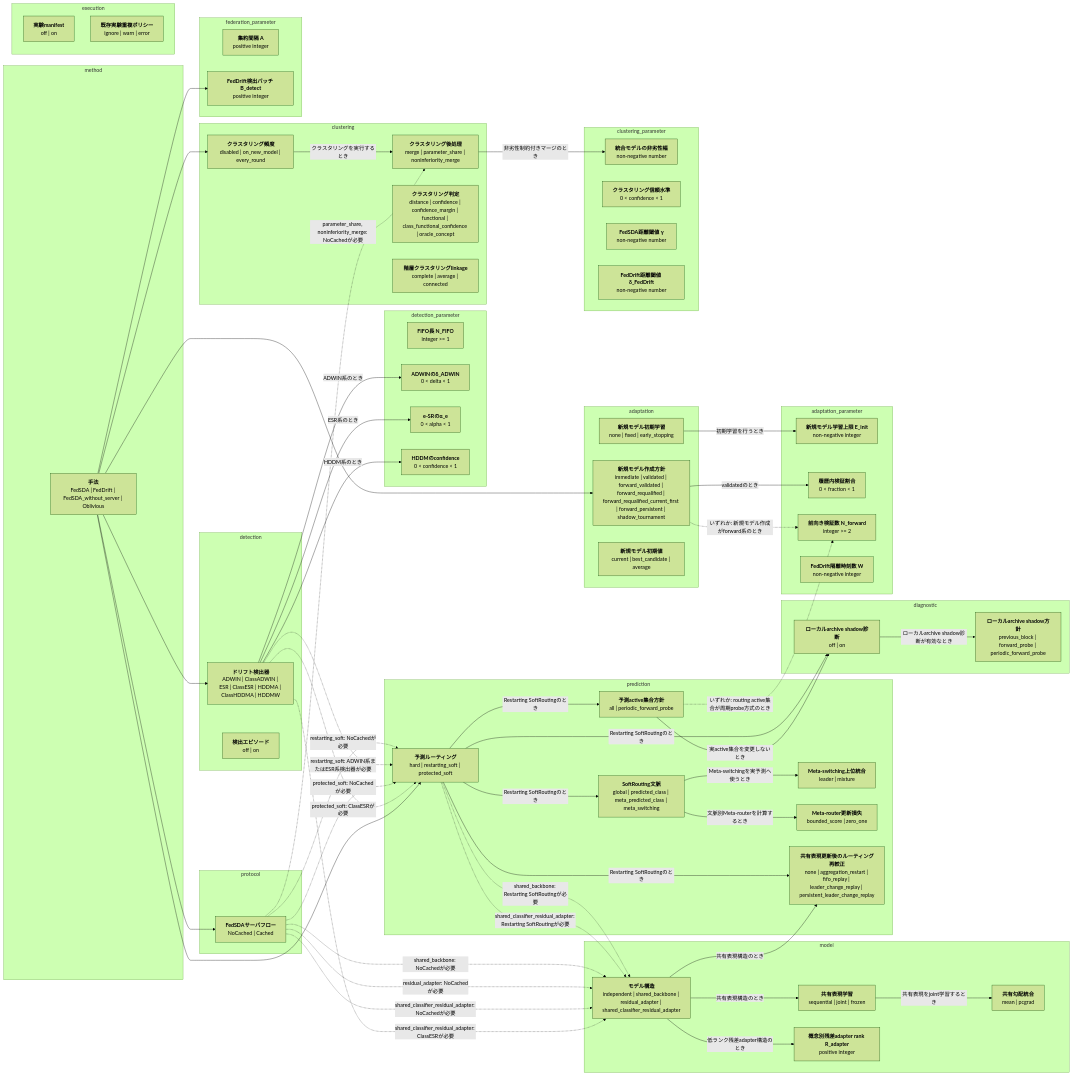
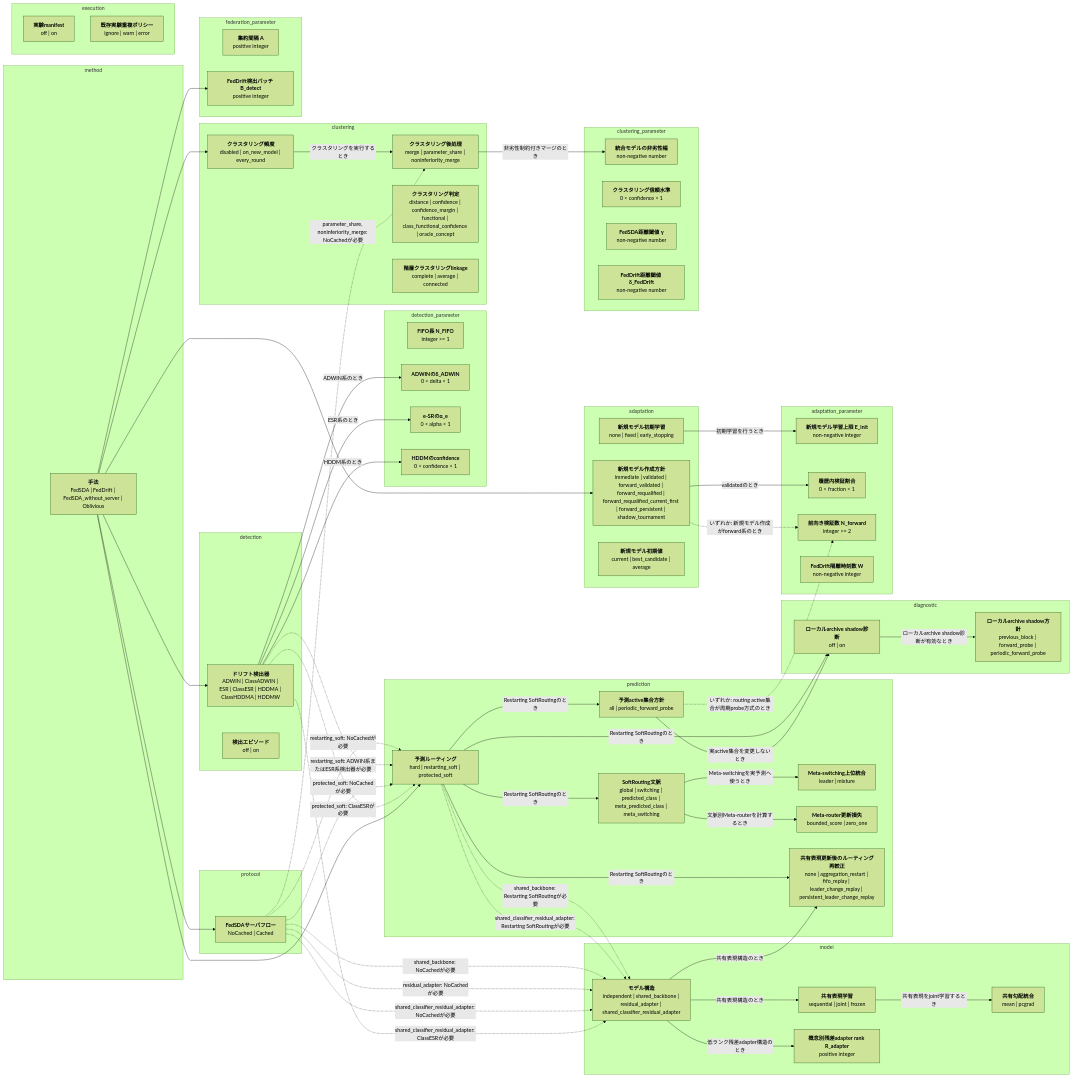
Before and after one commit to shimmen3141/FedSDA-experiment: the first of 2 diagrams in docs/options.md, drawn with Mermaid (forest theme). The commit also changed other lines of this file and 10 other files, not shown here.

Commit message:
Add direct switching routing option

```diff
--- a/docs/options.md
+++ b/docs/options.md
@@ -29,7 +29,7 @@
   end
   subgraph group_prediction[prediction]
     routing["<b>予測ルーティング</b><br/>hard | restarting_soft | protected_soft"]
-    soft_routing_context["<b>SoftRouting文脈</b><br/>global | predicted_class | meta_predicted_class | meta_switching"]
+    soft_routing_context["<b>SoftRouting文脈</b><br/>global | switching | predicted_class | meta_predicted_class | meta_switching"]
     soft_routing_top_combination["<b>Meta-switching上位統合</b><br/>leader | mixture"]
     soft_routing_meta_loss["<b>Meta-router更新損失</b><br/>bounded_score | zero_one"]
     routing_active_set_policy["<b>予測active集合方針</b><br/>all | periodic_forward_probe"]
```
